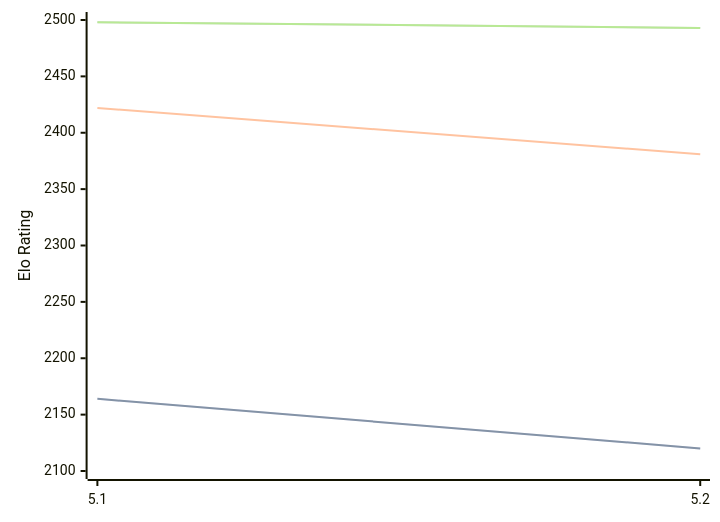
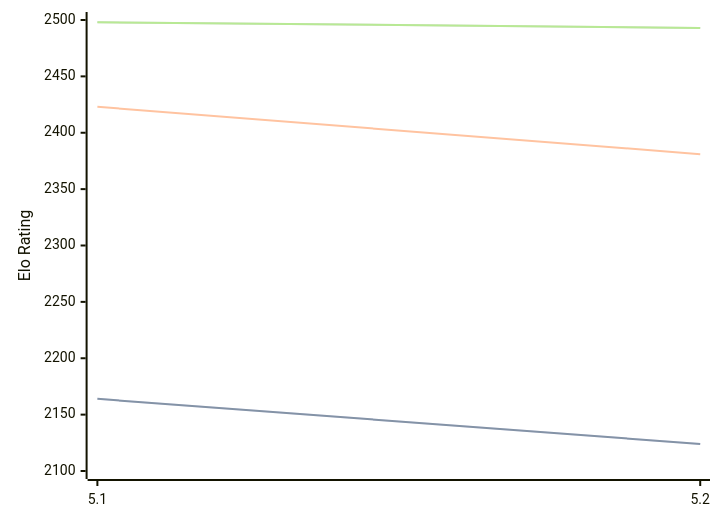
Before and after one commit to computer-chess-index/cci: the diagram in engines/Prophet.md, drawn with Mermaid. The commit also changed other lines of this file, not shown here.

````diff
--- a/engines/Prophet.md
+++ b/engines/Prophet.md
@@ -32,11 +32,11 @@
 ```mermaid
 %%{init: {"theme":"base","themeVariables":{"seriesColors:['#a3a3a3','#222221','#faa371']}}}%%
 xychart-beta
   x-axis ["5.1", "5.2"]
   y-axis "Elo Rating" 2100 --> 2500
-  line "" [2164, 2120]
-  line "STC (8.0+0.08s)" [2164, 2120]
-  line "LTC (60.0+0.60s)" [2422, 2381]
+  line "" [2164, 2124]
+  line "STC (8.0+0.08s)" [2164, 2124]
+  line "LTC (60.0+0.60s)" [2423, 2381]
   line "" [2498, 2493]
   line "VLTC (2m24s+1.12s)" [2498, 2493]
 ```
````
